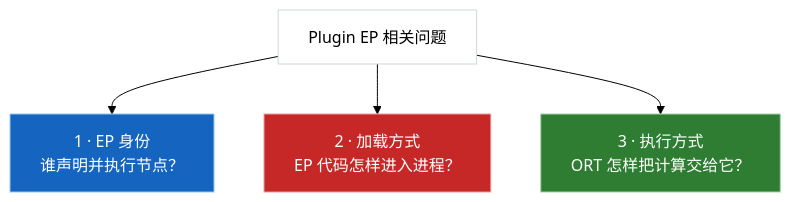
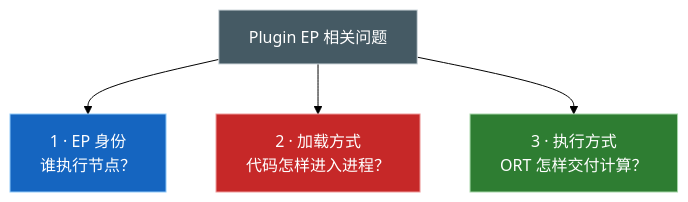
One commit to DakeQQ/Tutorial-ONNX-Runtime-Execution-Providers changed the third of 13 diagrams in PluginEP/README.zh-CN.md. Above: the diagram before and after it, drawn with Mermaid (forest theme). The commit also changed other lines of this file and 15 other files, not shown here.

````diff
--- a/PluginEP/README.zh-CN.md
+++ b/PluginEP/README.zh-CN.md
@@ -95,12 +90,15 @@
 ```mermaid
 flowchart TD
-    Q["Plugin EP 相关问题"]
-    Q --> ID["1 · EP 身份<br/>谁声明并执行节点？"]
-    Q --> LO["2 · 加载方式<br/>EP 代码怎样进入进程？"]
-    Q --> EX["3 · 执行方式<br/>ORT 怎样把计算交给它？"]
+    Q["Plugin EP 相关问题"] --> ID["1 · EP 身份<br/>谁执行节点？"]
+    Q --> LO["2 · 加载方式<br/>代码怎样进入进程？"]
+    Q --> EX["3 · 执行方式<br/>ORT 怎样交付计算？"]
 
-    style Q fill:#ffffff,stroke:#cfd8dc,color:#000000
-    style ID fill:#1565c0,stroke:#90caf9,color:#ffffff
-    style LO fill:#c62828,stroke:#ef9a9a,color:#ffffff
-    style EX fill:#2e7d32,stroke:#a5d6a7,color:#ffffff
+    class Q slate
+    class ID blue
+    class LO red
+    class EX green
+    classDef slate fill:#455a64,stroke:#cfd8dc,color:#ffffff
+    classDef blue fill:#1565c0,stroke:#90caf9,color:#ffffff
+    classDef red fill:#c62828,stroke:#ef9a9a,color:#ffffff
+    classDef green fill:#2e7d32,stroke:#a5d6a7,color:#ffffff
 ```
````
